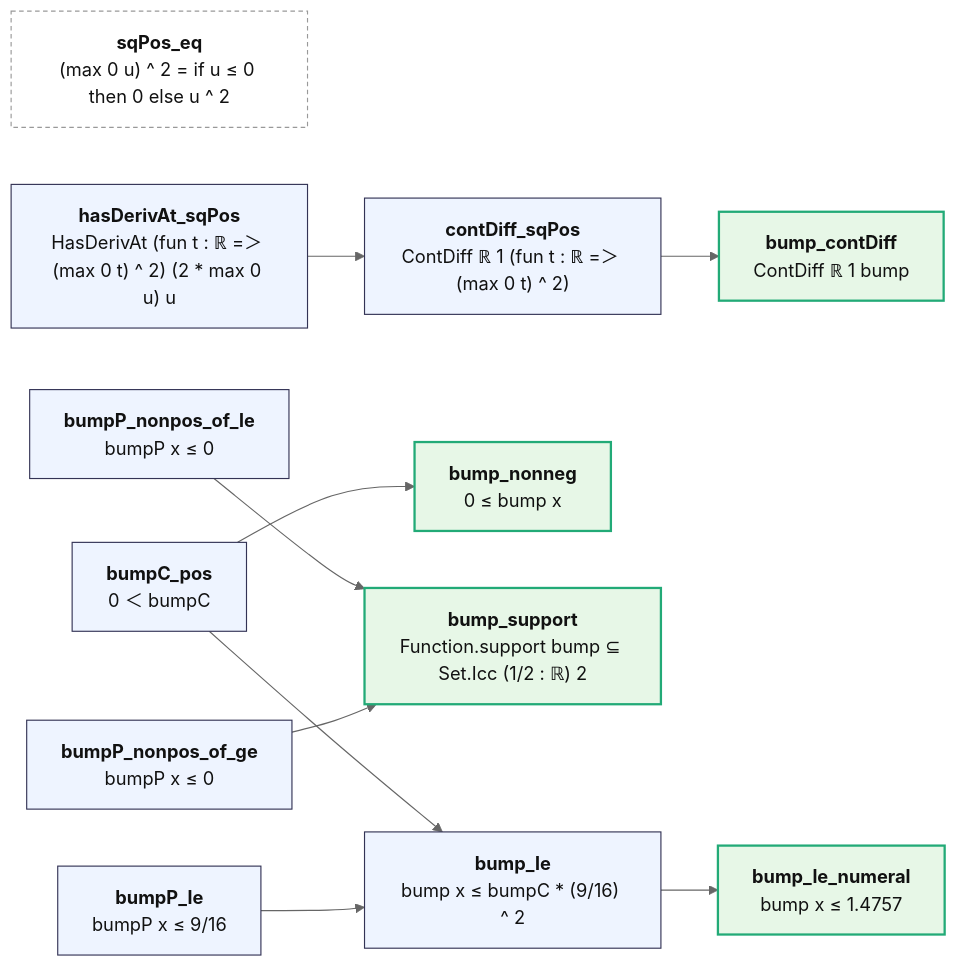
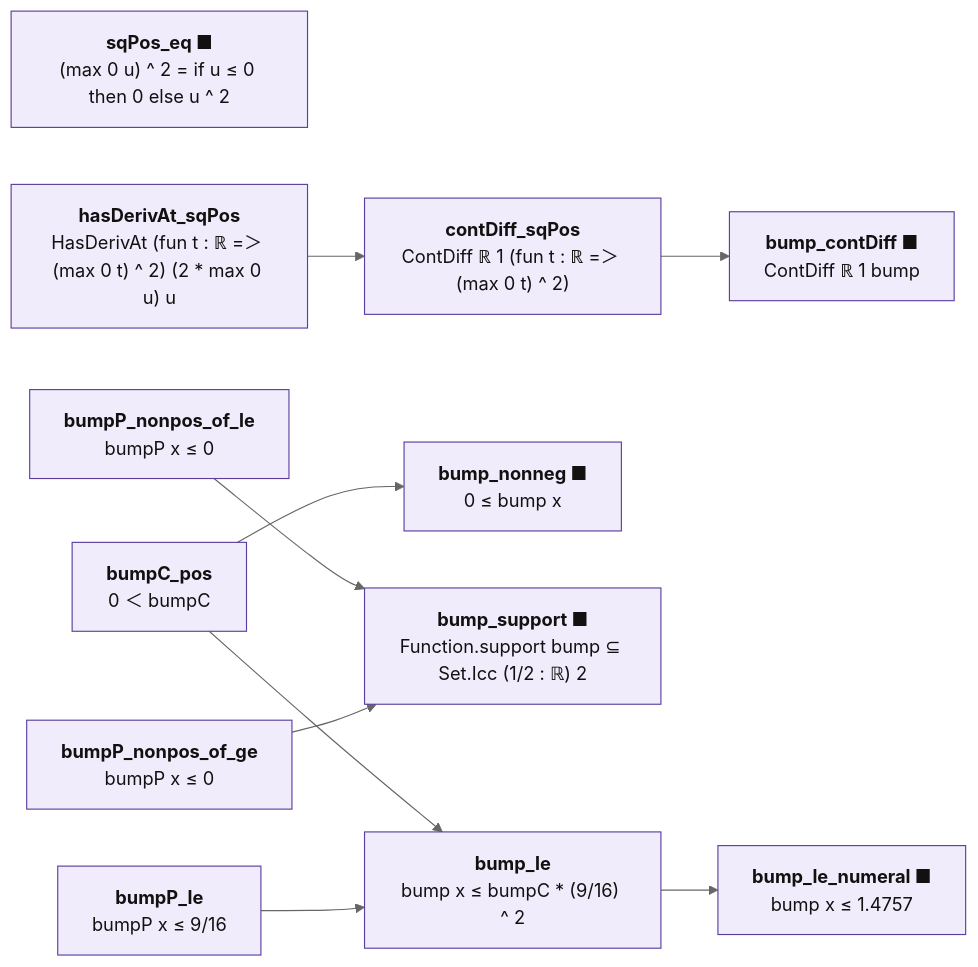
The diagram in map/lean_stage3/ExplicitBump.md (juliansambranojr/Primebeat_081426), drawn with Mermaid (neutral theme) before and after one commit. The commit also changed other lines of this file and 398 other files, not shown here.

````diff
--- a/map/lean_stage3/ExplicitBump.md
+++ b/map/lean_stage3/ExplicitBump.md
@@ -12,28 +12,31 @@
 ```mermaid
 flowchart LR
-  n0["<b>sqPos_eq</b><br/>(max 0 u) ^ 2 = if u ≤ 0 then 0 else u ^ 2"]:::lone
-  n1["<b>hasDerivAt_sqPos</b><br/>HasDerivAt (fun t : ℝ =＞ (max 0 t) ^ 2) (2 * max 0 u) u"]:::thm
-  n2["<b>contDiff_sqPos</b><br/>ContDiff ℝ 1 (fun t : ℝ =＞ (max 0 t) ^ 2)"]:::thm
-  n3["<b>bumpP_nonpos_of_le</b><br/>bumpP x ≤ 0"]:::thm
-  n4["<b>bumpP_nonpos_of_ge</b><br/>bumpP x ≤ 0"]:::thm
-  n5["<b>bumpC_pos</b><br/>0 ＜ bumpC"]:::thm
-  n6["<b>bump_nonneg</b><br/>0 ≤ bump x"]:::end_
-  n7["<b>bump_support</b><br/>Function.support bump ⊆ Set.Icc (1/2 : ℝ) 2"]:::end_
-  n8["<b>bump_contDiff</b><br/>ContDiff ℝ 1 bump"]:::end_
-  n9["<b>bumpP_le</b><br/>bumpP x ≤ 9/16"]:::thm
-  n10["<b>bump_le</b><br/>bump x ≤ bumpC * (9/16) ^ 2"]:::thm
-  n11["<b>bump_le_numeral</b><br/>bump x ≤ 1.4757"]:::end_
+  n0["<b>sqPos_eq ■</b><br/>(max 0 u) ^ 2 = if u ≤ 0 then 0 else u ^ 2"]:::shp
+  n1["<b>hasDerivAt_sqPos</b><br/>HasDerivAt (fun t : ℝ =＞ (max 0 t) ^ 2) (2 * max 0 u) u"]:::shp
+  n2["<b>contDiff_sqPos</b><br/>ContDiff ℝ 1 (fun t : ℝ =＞ (max 0 t) ^ 2)"]:::shp
+  n3["<b>bumpP_nonpos_of_le</b><br/>bumpP x ≤ 0"]:::shp
+  n4["<b>bumpP_nonpos_of_ge</b><br/>bumpP x ≤ 0"]:::shp
+  n5["<b>bumpC_pos</b><br/>0 ＜ bumpC"]:::shp
+  n6["<b>bump_nonneg ■</b><br/>0 ≤ bump x"]:::shp
+  n7["<b>bump_support ■</b><br/>Function.support bump ⊆ Set.Icc (1/2 : ℝ) 2"]:::shp
+  n8["<b>bump_contDiff ■</b><br/>ContDiff ℝ 1 bump"]:::shp
+  n9["<b>bumpP_le</b><br/>bumpP x ≤ 9/16"]:::shp
+  n10["<b>bump_le</b><br/>bump x ≤ bumpC * (9/16) ^ 2"]:::shp
+  n11["<b>bump_le_numeral ■</b><br/>bump x ≤ 1.4757"]:::shp
   n1 --> n2
   n10 --> n11
   n2 --> n8
   n3 --> n7
   n4 --> n7
   n5 --> n10
   n5 --> n6
   n9 --> n10
+  classDef cnt fill:#dff5ec,stroke:#17694a,color:#111
+  classDef shp fill:#f1ecfb,stroke:#5b3fa0,color:#111
+  classDef rh fill:#ffe5e5,stroke:#c22,color:#111,stroke-width:2px
   classDef thm fill:#eef4ff,stroke:#335,color:#111
   classDef end_ fill:#e7f7e7,stroke:#2a7,color:#111,stroke-width:2px
   classDef lone fill:#fff,stroke:#999,color:#111,stroke-dasharray:4 3
   classDef bad fill:#ffe5e5,stroke:#c22,color:#111,stroke-width:2px
   classDef ext fill:#fff8e1,stroke:#b80,color:#111
 ```
````
